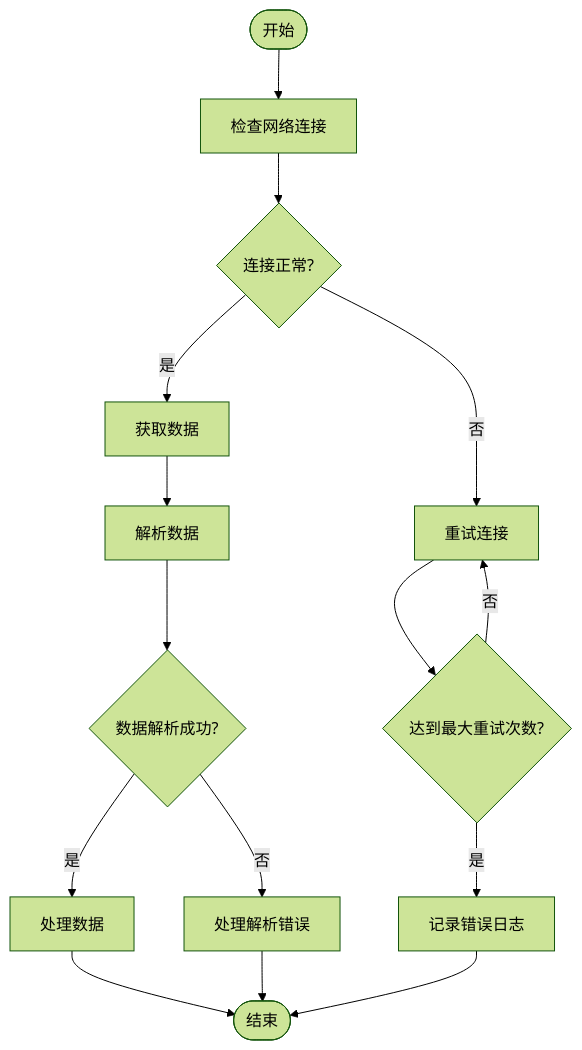
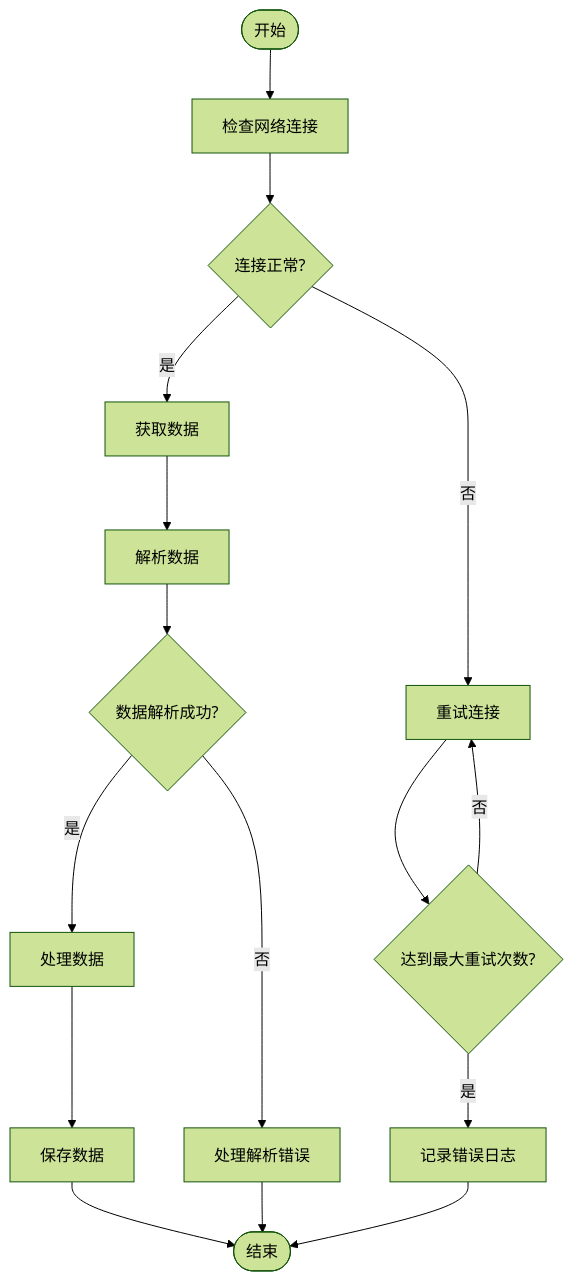
One commit to MORECORIANDERS/SCBE-web changed the tenth of 13 diagrams in .qoder/repowiki/zh/content/使用示例与最佳实践.md. Above: the diagram before and after it, drawn with Mermaid (forest theme). The commit also changed other lines of this file and 16 other files, not shown here.

````diff
--- a/.qoder/repowiki/zh/content/使用示例与最佳实践.md
+++ b/.qoder/repowiki/zh/content/使用示例与最佳实践.md
@@ -324,17 +480,18 @@
 ```mermaid
 flowchart TD
 Start([开始]) --> CheckConn["检查网络连接"]
 CheckConn --> ConnOK{"连接正常?"}
 ConnOK --> |否| RetryConn["重试连接"]
 RetryConn --> MaxRetry{"达到最大重试次数?"}
 MaxRetry --> |是| LogError["记录错误日志"]
 MaxRetry --> |否| RetryConn
 ConnOK --> |是| GetData["获取数据"]
 GetData --> ParseData["解析数据"]
 ParseData --> DataOK{"数据解析成功?"}
 DataOK --> |否| HandleError["处理解析错误"]
 DataOK --> |是| ProcessData["处理数据"]
-ProcessData --> End([结束])
+ProcessData --> SaveData["保存数据"]
+SaveData --> End([结束])
 HandleError --> End
 LogError --> End
 ```
````
